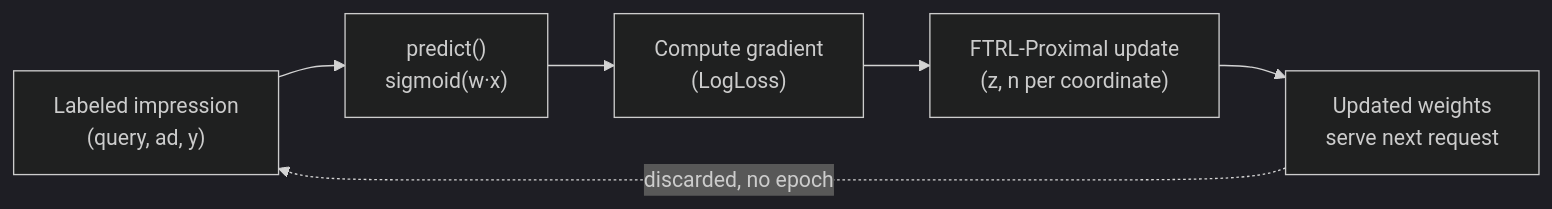
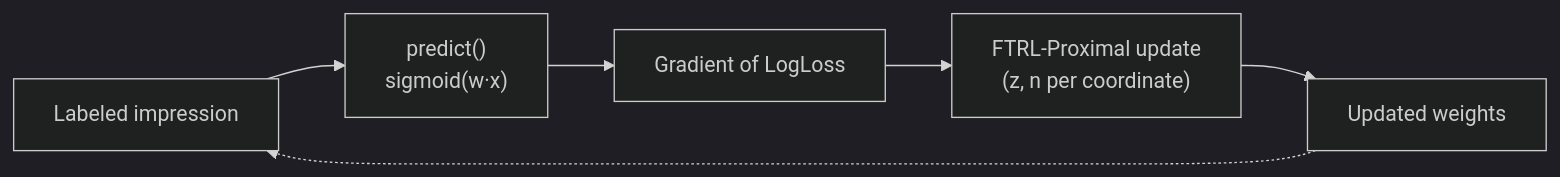
The fourth of 7 diagrams in case-studies/ctr-prediction/README.md (romancobblepot/AI-system-design-primer), drawn with Mermaid (dark theme) before and after one commit. The commit also changed other lines of this file and 49 other files, not shown here.

````diff
--- a/case-studies/ctr-prediction/README.md
+++ b/case-studies/ctr-prediction/README.md
@@ -190,8 +275,8 @@
 ```mermaid
 flowchart LR
-    EX["Labeled impression\n(query, ad, y)"] --> PRED["predict()\nsigmoid(w·x)"]
-    PRED --> GRAD["Compute gradient\n(LogLoss)"]
+    EX["Labeled impression"] --> PRED["predict()\nsigmoid(w·x)"]
+    PRED --> GRAD["Gradient of LogLoss"]
     GRAD --> UPD["FTRL-Proximal update\n(z, n per coordinate)"]
-    UPD --> W["Updated weights\nserve next request"]
-    W -.discarded, no epoch.-> EX
+    UPD --> W["Updated weights"]
+    W -.-> EX
 ```
````
